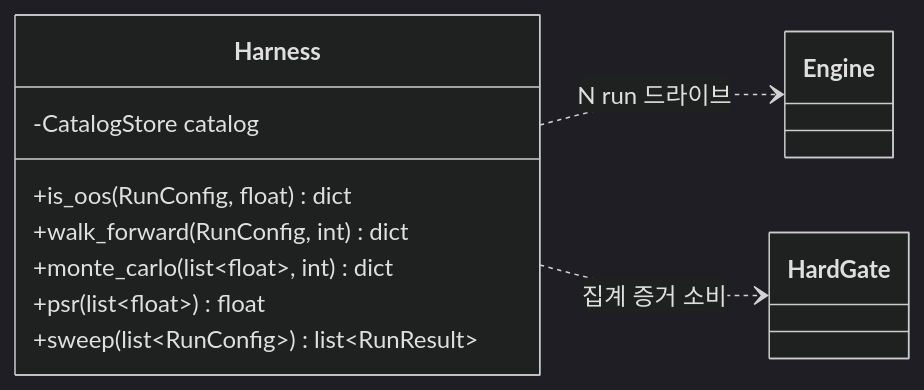
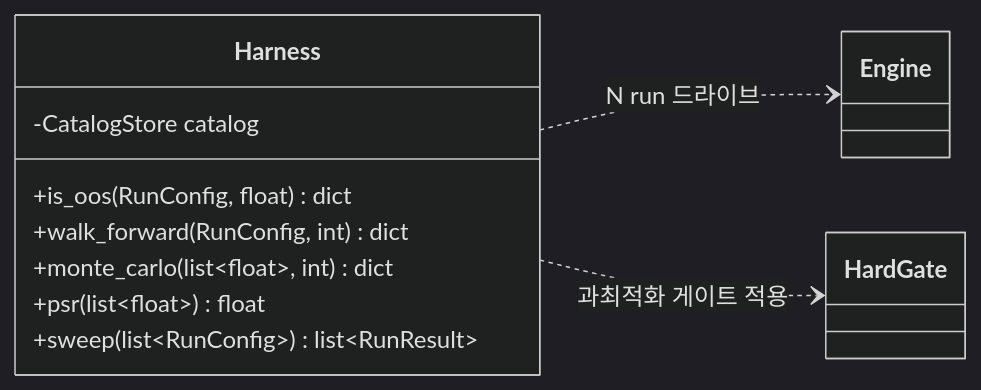
Diagram 23 of 25 in docs/fullspec/backtest_v2_detailed_design.md (vessel35/trading-system-v2), drawn with Mermaid (dark theme) before and after one commit. The commit also changed other lines of this file and 1 other file, not shown here.

````diff
--- a/docs/fullspec/backtest_v2_detailed_design.md
+++ b/docs/fullspec/backtest_v2_detailed_design.md
@@ -3201,15 +3229,15 @@
 ```mermaid
 classDiagram
     direction LR
     class Harness {
         -CatalogStore catalog
         +is_oos(RunConfig, float) dict
         +walk_forward(RunConfig, int) dict
         +monte_carlo(list~float~, int) dict
         +psr(list~float~) float
         +sweep(list~RunConfig~) list~RunResult~
     }
     class Engine { }
     Harness ..> Engine : N run 드라이브
-    Harness ..> HardGate : 집계 증거 소비
+    Harness ..> HardGate : 과최적화 게이트 적용
 ```
````
